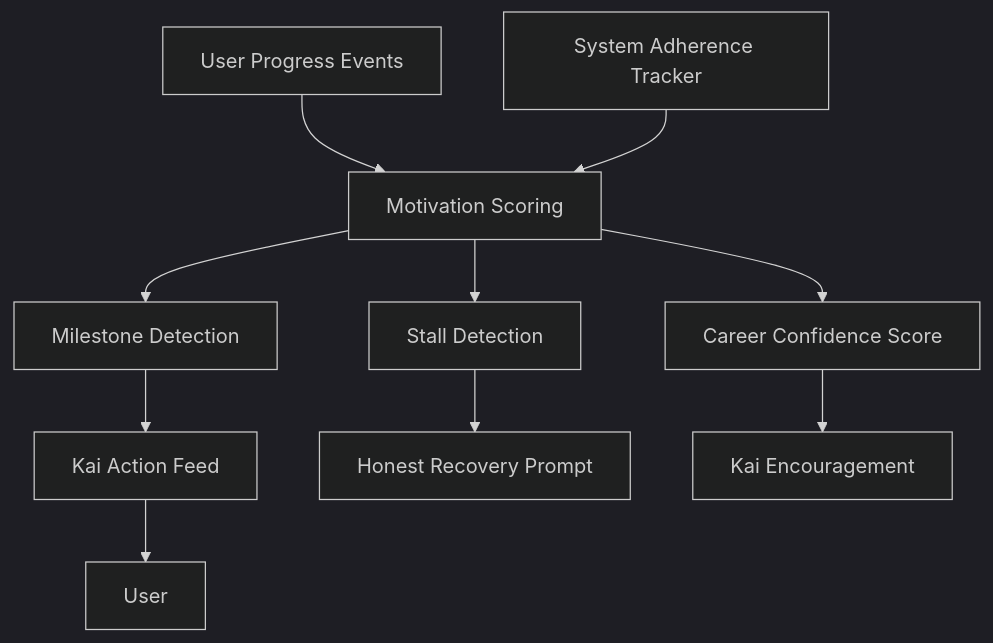
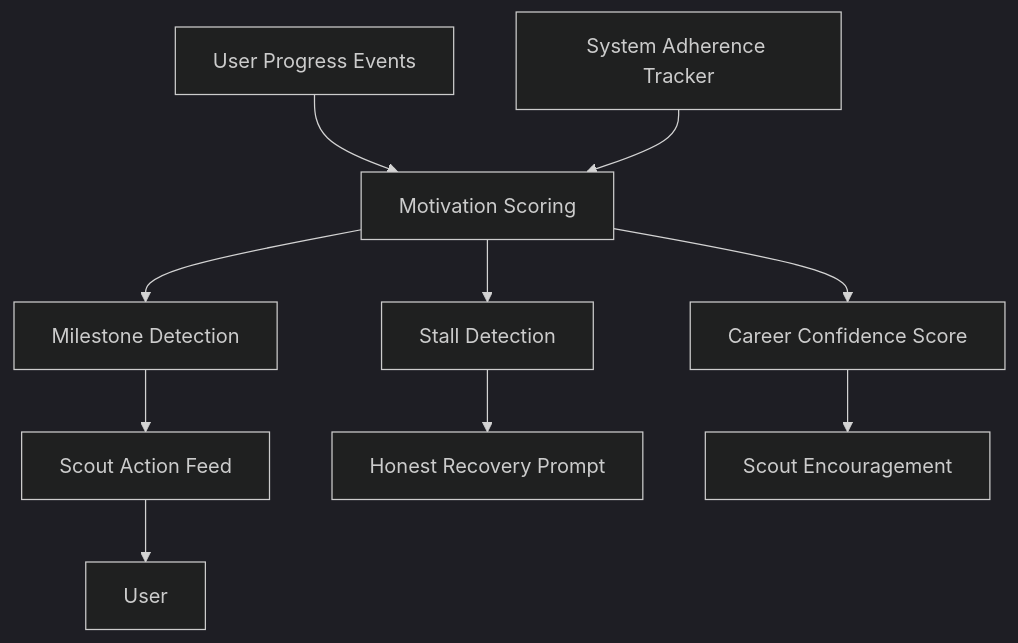
The diagram in docs/GAMIFICATION_AND_MOTIVATION_ENGINE.md (Mirzzie/Fadi), drawn with Mermaid (dark theme) before and after one commit. The commit also changed other lines of this file and 142 other files, not shown here.

First line of the commit message:
feat!: rename Kai → Scout — the agent that finds what's ahead of you

````diff
--- a/docs/GAMIFICATION_AND_MOTIVATION_ENGINE.md
+++ b/docs/GAMIFICATION_AND_MOTIVATION_ENGINE.md
@@ -30,12 +30,12 @@
 ```mermaid
 flowchart TD
     Events[User Progress Events] --> Scoring[Motivation Scoring]
     SystemAdherence[System Adherence Tracker] --> Scoring
     Scoring --> Confidence[Career Confidence Score]
     Scoring --> Milestones[Milestone Detection]
     Scoring --> Stall[Stall Detection]
-    Milestones --> Feed[Kai Action Feed]
+    Milestones --> Feed[Scout Action Feed]
     Stall --> Recovery[Honest Recovery Prompt]
-    Confidence --> Kai[Kai Encouragement]
+    Confidence --> Scout[Scout Encouragement]
     Feed --> User[User]
 ```
````
